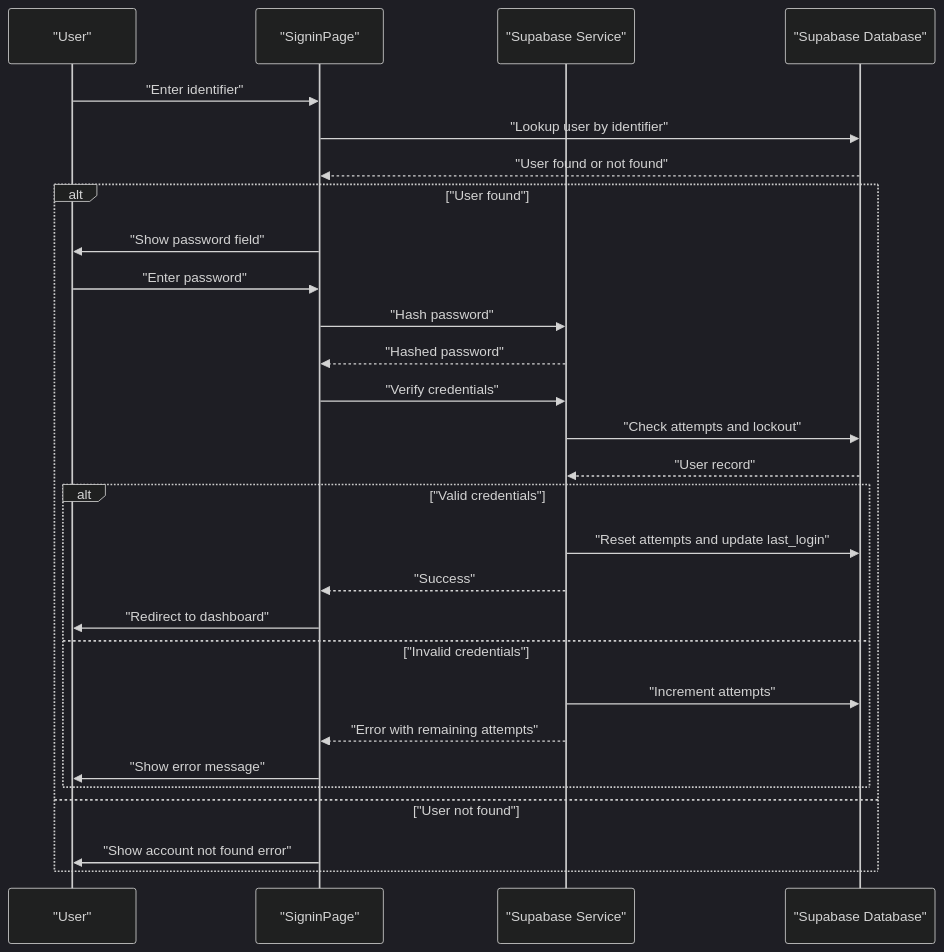
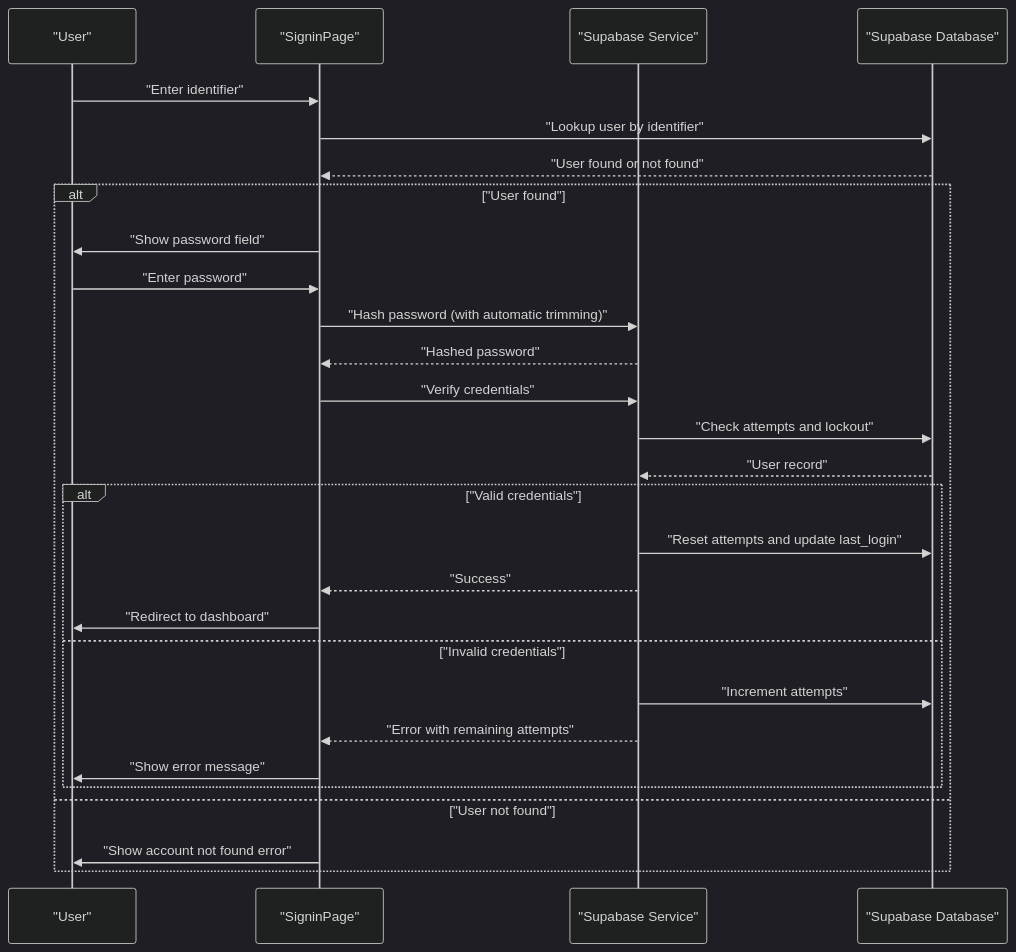
Before and after one commit to zpria/ACCOUND-ZPRIA: the eighth of 9 diagrams in .qoder/repowiki/en/content/Service Layer/Supabase Authentication Service.md, drawn with Mermaid (dark theme). The commit also changed other lines of this file and 12 other files, not shown here.

````diff
--- a/.qoder/repowiki/en/content/Service Layer/Supabase Authentication Service.md
+++ b/.qoder/repowiki/en/content/Service Layer/Supabase Authentication Service.md
@@ -270,30 +342,30 @@
 ```mermaid
 sequenceDiagram
 participant User as "User"
 participant SignIn as "SigninPage"
 participant Svc as "Supabase Service"
 participant DB as "Supabase Database"
 User->>SignIn : "Enter identifier"
 SignIn->>DB : "Lookup user by identifier"
 DB-->>SignIn : "User found or not found"
 alt "User found"
 SignIn->>User : "Show password field"
 User->>SignIn : "Enter password"
-SignIn->>Svc : "Hash password"
+SignIn->>Svc : "Hash password (with automatic trimming)"
 Svc-->>SignIn : "Hashed password"
 SignIn->>Svc : "Verify credentials"
 Svc->>DB : "Check attempts and lockout"
 DB-->>Svc : "User record"
 alt "Valid credentials"
 Svc->>DB : "Reset attempts and update last_login"
 Svc-->>SignIn : "Success"
 SignIn->>User : "Redirect to dashboard"
 else "Invalid credentials"
 Svc->>DB : "Increment attempts"
 Svc-->>SignIn : "Error with remaining attempts"
 SignIn->>User : "Show error message"
 end
 else "User not found"
 SignIn->>User : "Show account not found error"
 end
 ```
````
